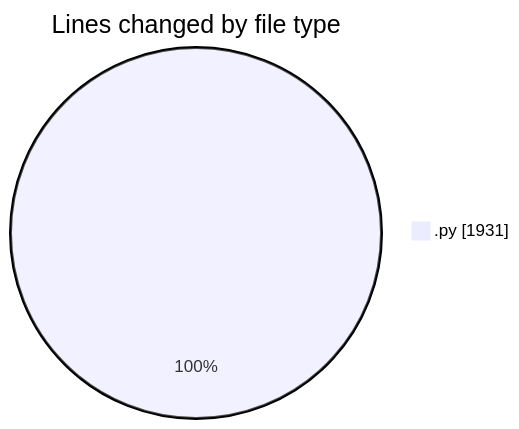
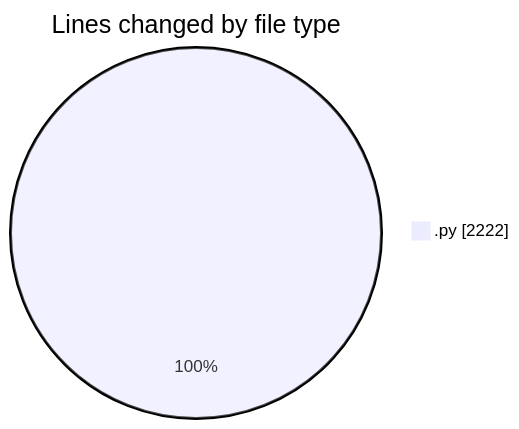
One commit to julien-gomy/code-tracking changed the first of 2 diagrams in 2025-10-14/eventscop-api-guide__workspace_/README.md. Above: the diagram before and after it, drawn with Mermaid. The commit also changed other lines of this file and 1 other file, not shown here.

````diff
--- a/2025-10-14/eventscop-api-guide__workspace_/README.md
+++ b/2025-10-14/eventscop-api-guide__workspace_/README.md
@@ -22,5 +23,5 @@
 ```mermaid
 pie showData
 title Lines changed by file type
-".py" : 1931
+".py" : 2222
 ```
````
